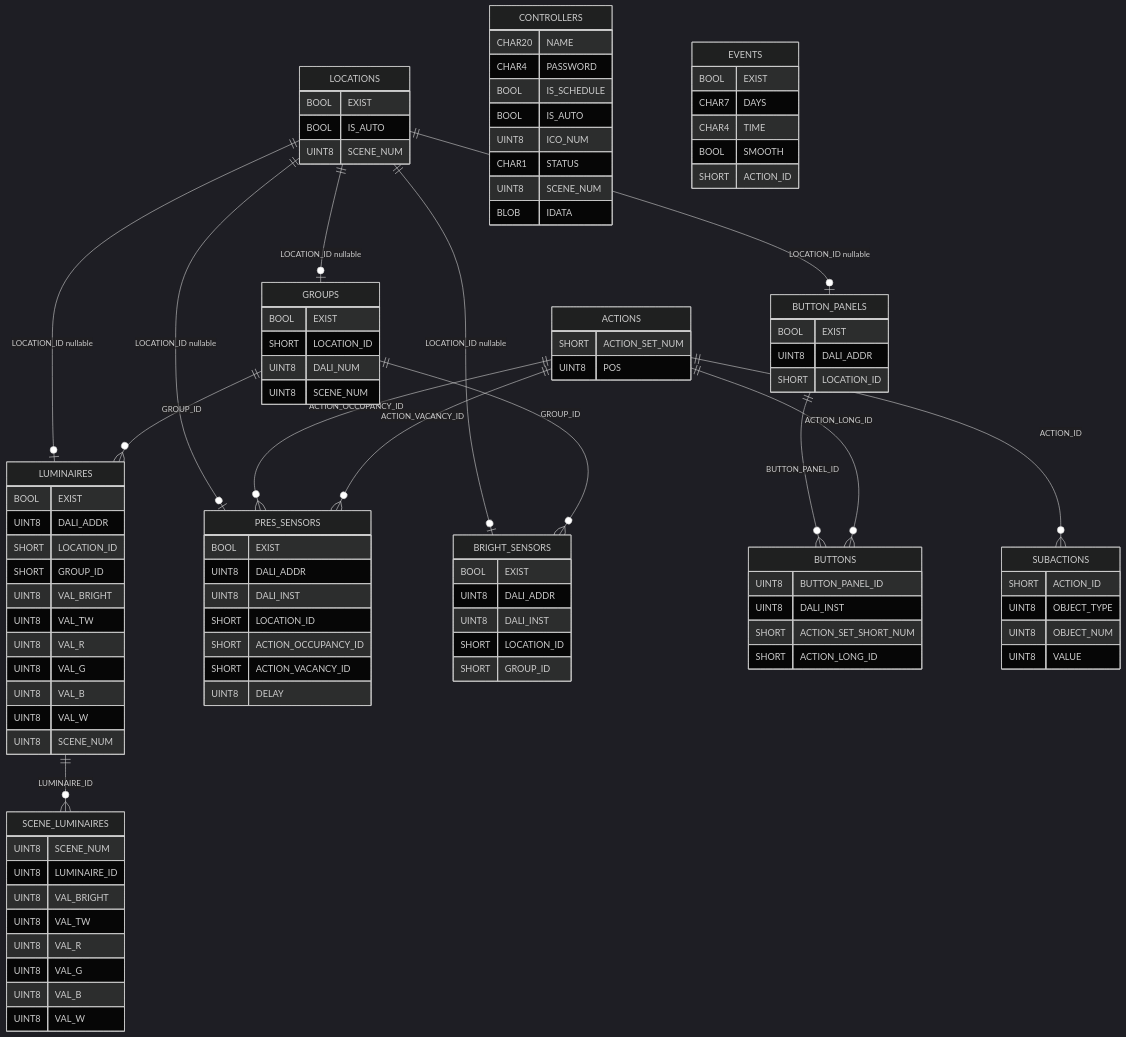
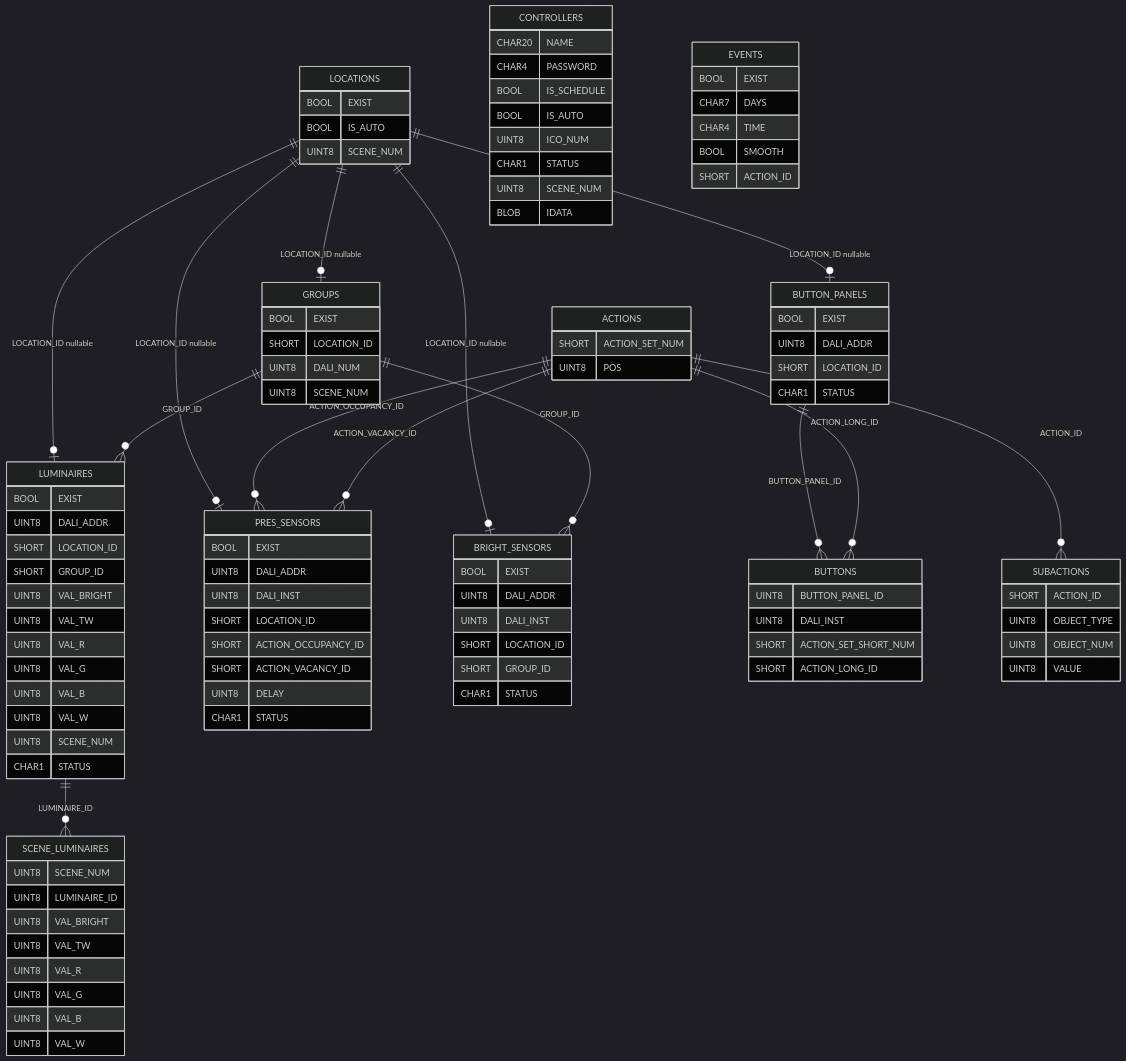
One commit to KhudyakovAlex/Synapse changed the diagram in PDS/SynapsePDS_FW_DB_scheme.md. Above: the diagram before and after it, drawn with Mermaid (dark theme). The commit also changed 12 other files, not shown here.

```diff
--- a/PDS/SynapsePDS_FW_DB_scheme.md
+++ b/PDS/SynapsePDS_FW_DB_scheme.md
@@ -56,6 +56,7 @@
         UINT8 VAL_B
         UINT8 VAL_W
         UINT8 SCENE_NUM
+        CHAR1 STATUS
     }
 
     SCENE_LUMINAIRES {
@@ -77,6 +78,7 @@
         SHORT ACTION_OCCUPANCY_ID
         SHORT ACTION_VACANCY_ID
         UINT8 DELAY
+        CHAR1 STATUS
     }
 
     BRIGHT_SENSORS {
@@ -85,12 +87,14 @@
         UINT8 DALI_INST
         SHORT LOCATION_ID
         SHORT GROUP_ID
+        CHAR1 STATUS
     }
 
     BUTTON_PANELS {
         BOOL EXIST
         UINT8 DALI_ADDR
         SHORT LOCATION_ID
+        CHAR1 STATUS
     }
 
     BUTTONS {
```
